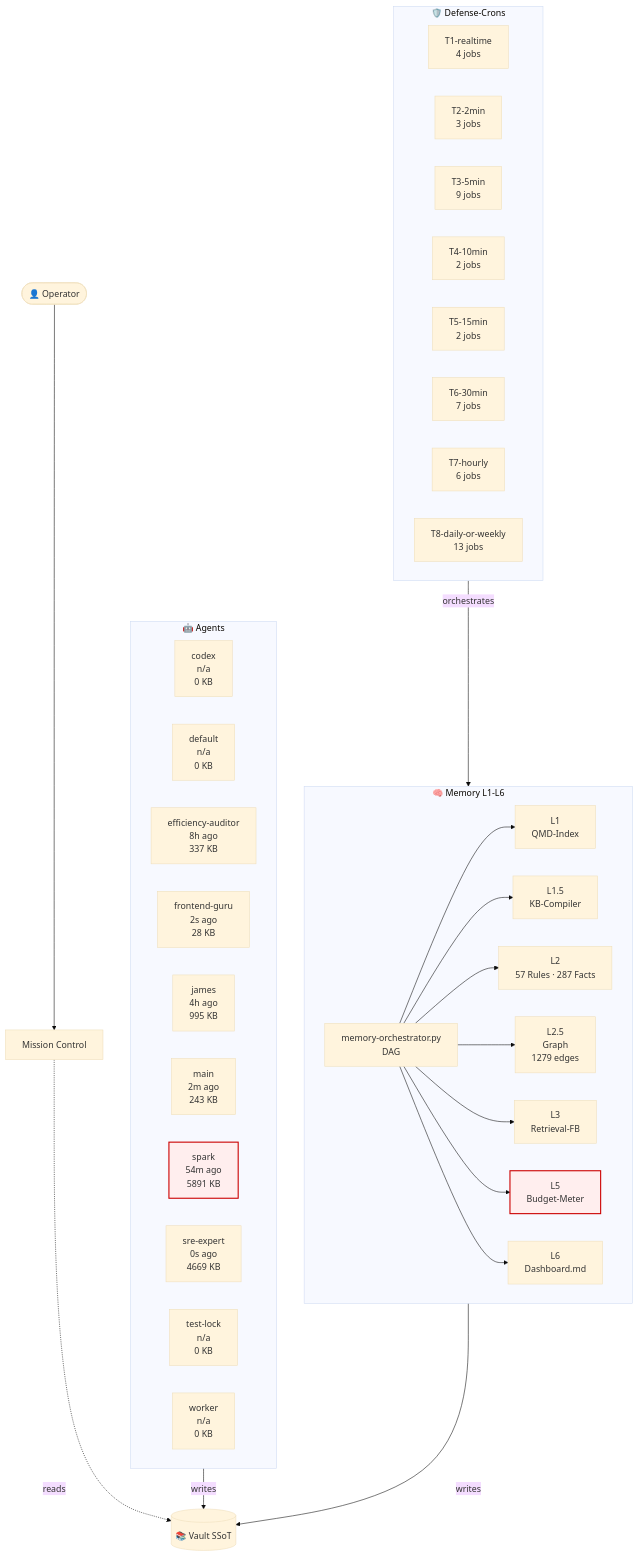
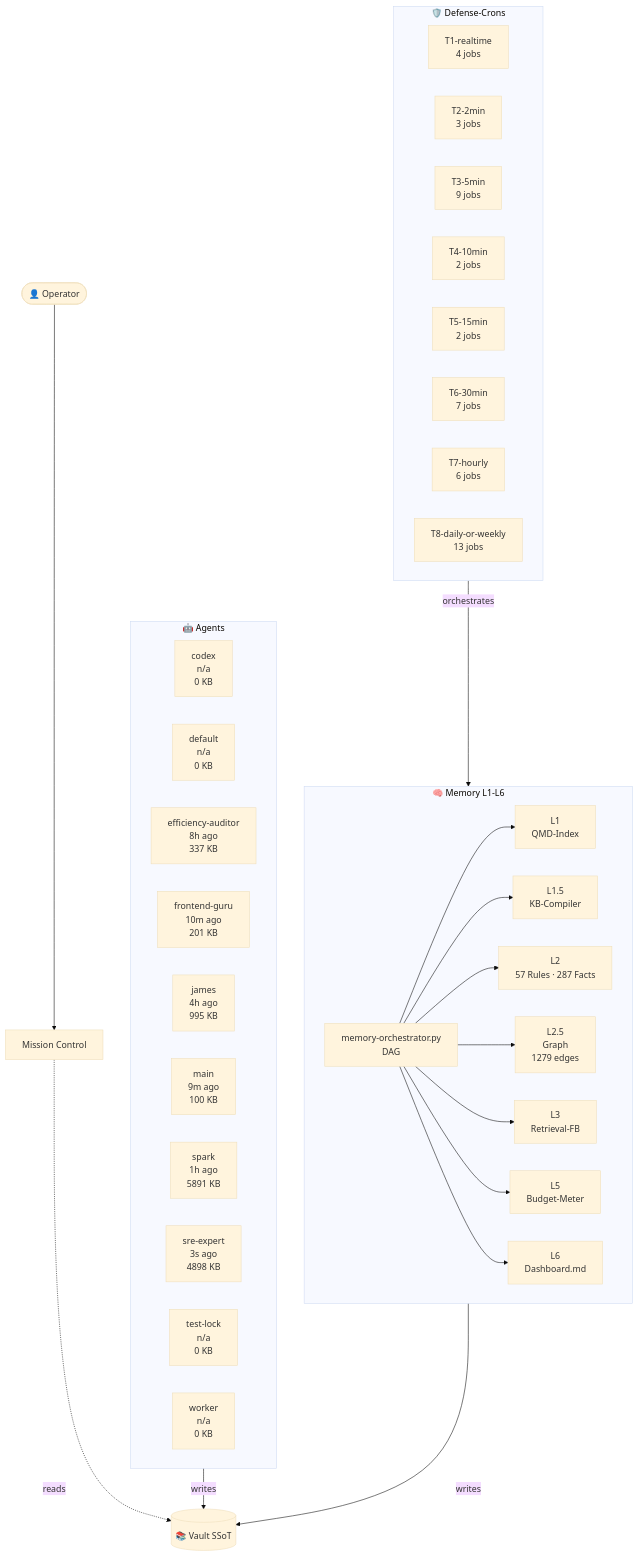
One commit to lenardhuebner88-rgb/openclaw-memory changed the diagram in 03-Agents/architecture-live.md. Above: the diagram before and after it, drawn with Mermaid (base theme). The commit also changed other lines of this file and 17 other files, not shown here.

````diff
--- a/03-Agents/architecture-live.md
+++ b/03-Agents/architecture-live.md
@@ -18,53 +18,51 @@
 ```mermaid
 flowchart TB
     classDef critical fill:#fee,stroke:#c00,stroke-width:2px;
     subgraph AGT["🤖 Agents"]
         agent_codex["codex<br/>n/a<br/>0 KB"]
         agent_default["default<br/>n/a<br/>0 KB"]
         agent_efficiency_auditor["efficiency-auditor<br/>8h ago<br/>337 KB"]
-        agent_frontend_guru["frontend-guru<br/>2s ago<br/>28 KB"]
+        agent_frontend_guru["frontend-guru<br/>10m ago<br/>201 KB"]
         agent_james["james<br/>4h ago<br/>995 KB"]
-        agent_main["main<br/>2m ago<br/>243 KB"]
-        agent_spark["spark<br/>54m ago<br/>5891 KB"]
-        agent_sre_expert["sre-expert<br/>0s ago<br/>4669 KB"]
+        agent_main["main<br/>9m ago<br/>100 KB"]
+        agent_spark["spark<br/>1h ago<br/>5891 KB"]
+        agent_sre_expert["sre-expert<br/>3s ago<br/>4898 KB"]
         agent_test_lock["test-lock<br/>n/a<br/>0 KB"]
         agent_worker["worker<br/>n/a<br/>0 KB"]
     end
     subgraph MEM["🧠 Memory L1-L6"]
         L1["L1<br/>QMD-Index"]
         L15["L1.5<br/>KB-Compiler"]
         L2["L2<br/>57 Rules · 287 Facts"]
         L25["L2.5<br/>Graph<br/>1279 edges"]
         L3["L3<br/>Retrieval-FB"]
         L5["L5<br/>Budget-Meter"]
         L6["L6<br/>Dashboard.md"]
         ORCH["memory-orchestrator.py<br/>DAG"]
     end
     subgraph CRN["🛡️ Defense-Crons"]
         tier_T1_realtime["T1-realtime<br/>4 jobs"]
         tier_T2_2min["T2-2min<br/>3 jobs"]
         tier_T3_5min["T3-5min<br/>9 jobs"]
         tier_T4_10min["T4-10min<br/>2 jobs"]
         tier_T5_15min["T5-15min<br/>2 jobs"]
         tier_T6_30min["T6-30min<br/>7 jobs"]
         tier_T7_hourly["T7-hourly<br/>6 jobs"]
         tier_T8_daily_or_weekly["T8-daily-or-weekly<br/>13 jobs"]
     end
     VAULT[("📚 Vault SSoT")]
     OP([👤 Operator])
     MC["Mission Control"]
     OP --> MC
     MC -.reads.-> VAULT
     AGT -->|writes| VAULT
     MEM -->|writes| VAULT
     ORCH --> L1
     ORCH --> L15
     ORCH --> L2
     ORCH --> L25
     ORCH --> L3
     ORCH --> L5
     ORCH --> L6
     CRN -->|orchestrates| MEM
-    class L5 critical
-    class agent_spark critical
 ```
````
